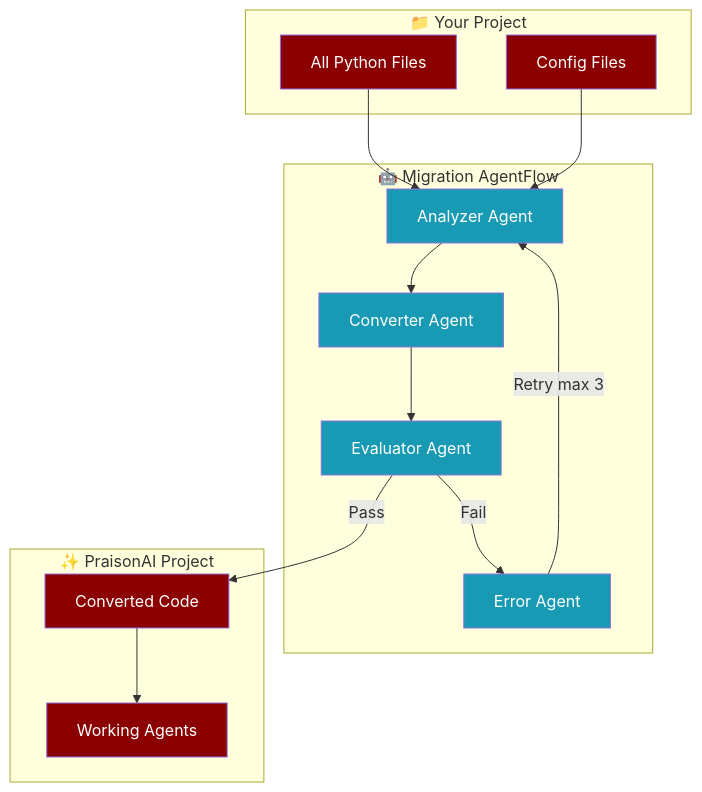
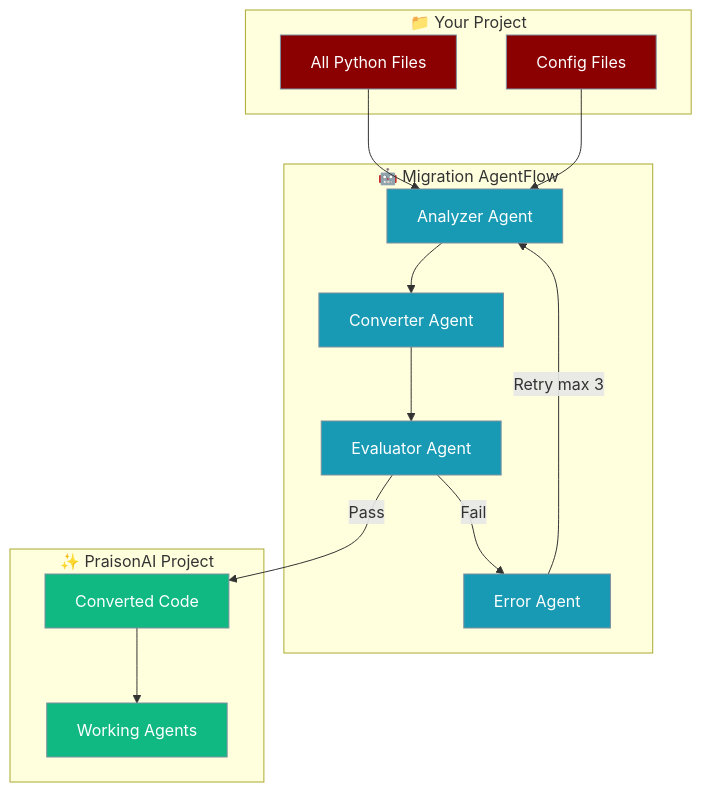
Before and after one commit to MervinPraison/PraisonAIDocs: the first of 3 diagrams in docs/features/migrate.mdx, drawn with Mermaid. The commit also changed other lines of this file and 19 other files, not shown here.

First line of the commit message:
docs: fix remaining style→classDef in secondary diagrams (PR #1384 follow-up)

````diff
--- a/docs/features/migrate.mdx
+++ b/docs/features/migrate.mdx
@@ -24,37 +25,35 @@
 ```mermaid
 flowchart TB
     subgraph Input["📁 Your Project"]
         A[All Python Files]
         B[Config Files]
     end
     
     subgraph AgentFlow["🤖 Migration AgentFlow"]
         C[Analyzer Agent]
         D[Converter Agent]
         E[Evaluator Agent]
         F[Error Agent]
     end
     
     subgraph Output["✨ PraisonAI Project"]
         G[Converted Code]
         H[Working Agents]
     end
     
     A --> C
     B --> C
     C --> D
     D --> E
     E -->|Pass| G
     E -->|Fail| F
     F -->|Retry max 3| C
     G --> H
-    
-    style A fill:#8B0000,color:#fff
-    style B fill:#8B0000,color:#fff
-    style C fill:#189AB4,color:#fff
-    style D fill:#189AB4,color:#fff
-    style E fill:#189AB4,color:#fff
-    style F fill:#189AB4,color:#fff
-    style G fill:#8B0000,color:#fff
-    style H fill:#8B0000,color:#fff
+
+    classDef agent fill:#8B0000,stroke:#7C90A0,color:#fff
+    classDef tool fill:#189AB4,stroke:#7C90A0,color:#fff
+    classDef success fill:#10B981,stroke:#7C90A0,color:#fff
+    class A,B agent
+    class C,D,E,F tool
+    class G,H success
 ```
````
